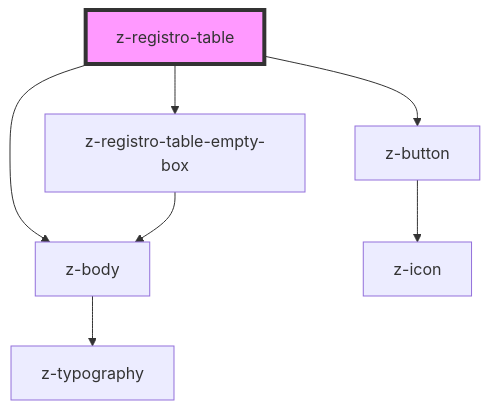
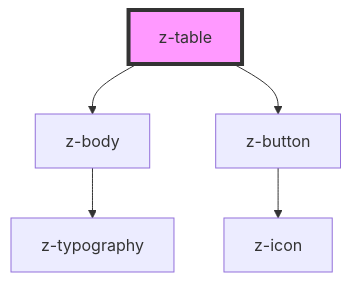
Before and after one commit to ZanichelliEditore/design-system: the diagram in src/components/z-table/z-table/readme.md, drawn with Mermaid. The commit also changed other lines of this file and 10 other files, not shown here.

````diff
--- a/src/components/z-table/z-table/readme.md
+++ b/src/components/z-table/z-table/readme.md
@@ -55,10 +54,8 @@
 ```mermaid
 graph TD;
-  z-registro-table --> z-body
-  z-registro-table --> z-registro-table-empty-box
-  z-registro-table --> z-button
+  z-table --> z-body
+  z-table --> z-button
   z-body --> z-typography
-  z-registro-table-empty-box --> z-body
   z-button --> z-icon
-  style z-registro-table fill:#f9f,stroke:#333,stroke-width:4px
+  style z-table fill:#f9f,stroke:#333,stroke-width:4px
 ```
````
